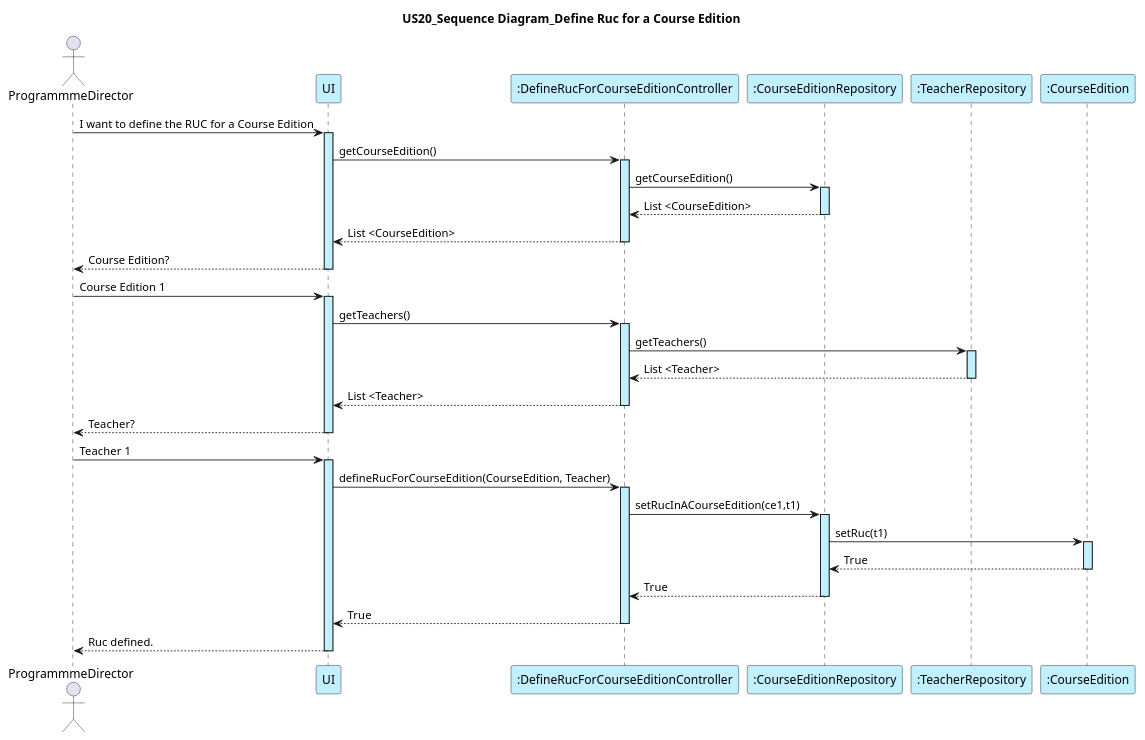
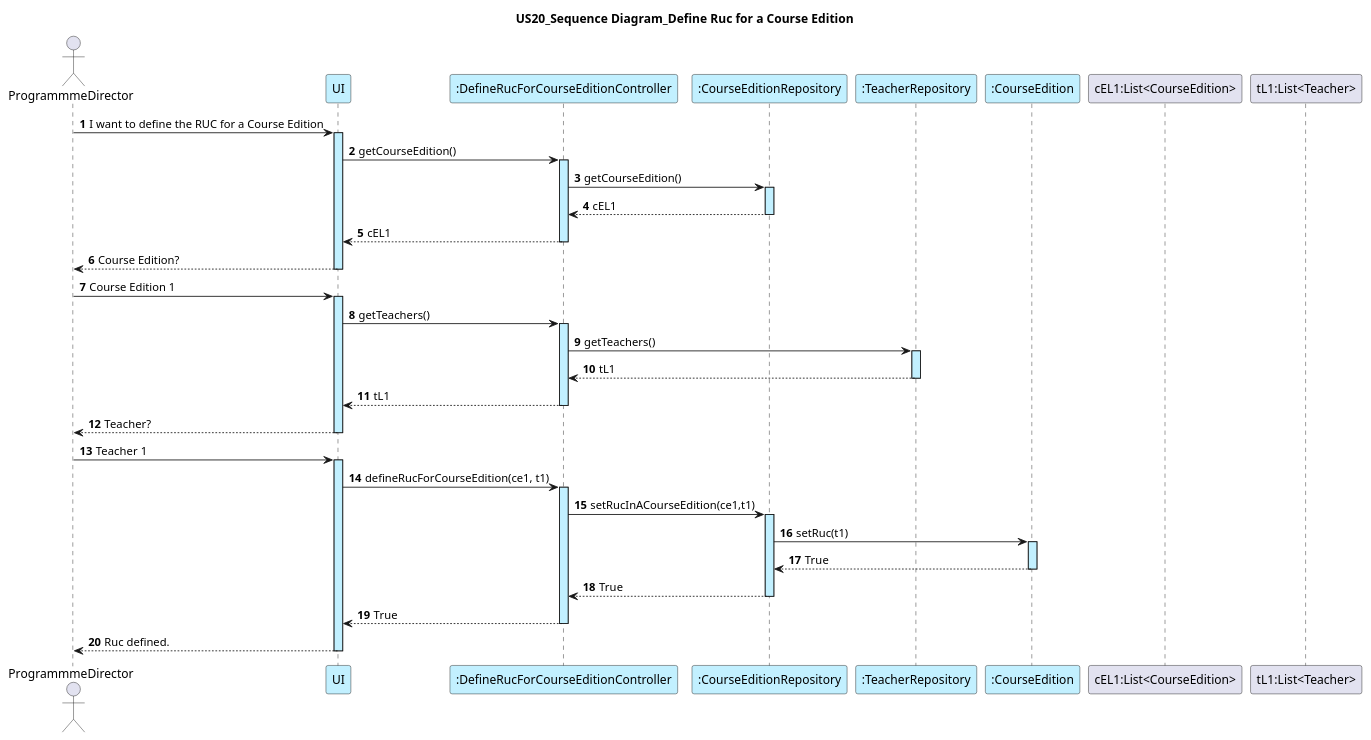
The diagram in docs/sequenceDiagrams/US20/US20_DefineRucForACourseEdition.puml (GasparISEP/DevOps-PAI), drawn with PlantUML before and after one commit.

Commit message:
US20 Update SSD

```diff
--- a/docs/sequenceDiagrams/US20/US20_DefineRucForACourseEdition.puml
+++ b/docs/sequenceDiagrams/US20/US20_DefineRucForACourseEdition.puml
@@ -1,52 +1,56 @@
 @startuml
+
+autonumber
 
 title: US20_Sequence Diagram_Define Ruc for a Course Edition
 
 actor ProgrammmeDirector as PD
 participant UI #application
 participant ":DefineRucForCourseEditionController" as C #application
 participant ":CourseEditionRepository" as CER #application
 participant ":TeacherRepository" as TR #application
 participant  ":CourseEdition" as CE #application
+participant "cEL1:List<CourseEdition>" as LCE
+participant "tL1:List<Teacher>" as LT
 
 
 PD -> UI ++ #application: I want to define the RUC for a Course Edition
 UI -> C  : getCourseEdition()
 activate C #application
 C -> CER :getCourseEdition()
 activate CER #application
-C <-- CER : List <CourseEdition>
+C <-- CER : cEL1
 deactivate CER
-UI <-- C : List <CourseEdition>
+UI <-- C : cEL1
 deactivate C
 PD <-- UI --: Course Edition?
 PD -> UI ++ #application: Course Edition 1
 UI-> C : getTeachers()
 activate C #application
 C -> TR :getTeachers()
 activate TR #application
-TR --> C :List <Teacher>
+TR --> C :tL1
 deactivate TR
-C --> UI :List <Teacher>
+C --> UI :tL1
 deactivate C
 PD <-- UI -- : Teacher?
 PD -> UI: Teacher 1
 activate UI #application
-UI -> C : defineRucForCourseEdition(CourseEdition, Teacher)
+UI -> C : defineRucForCourseEdition(ce1, t1)
 activate C #application
 C -> CER : setRucInACourseEdition(ce1,t1)
 activate CER #application
 CER -> CE : setRuc(t1)
 activate CE #application
 CE --> CER :True
 deactivate CE
 CER --> C :True
 deactivate CER
 deactivate CE
 C --> UI :True
 deactivate C
 UI --> PD : Ruc defined.
 deactivate UI
 
 
 @enduml
```
